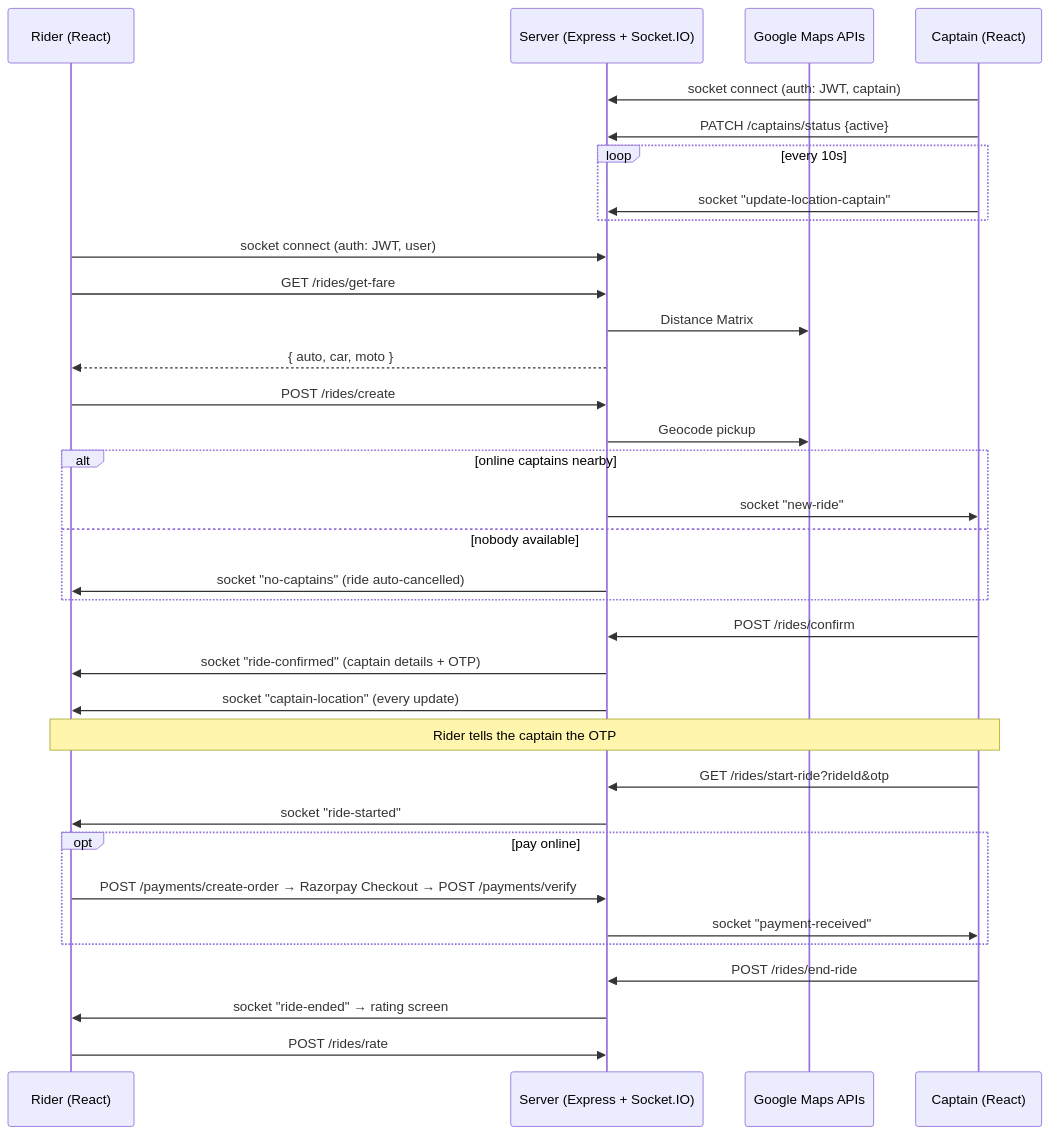
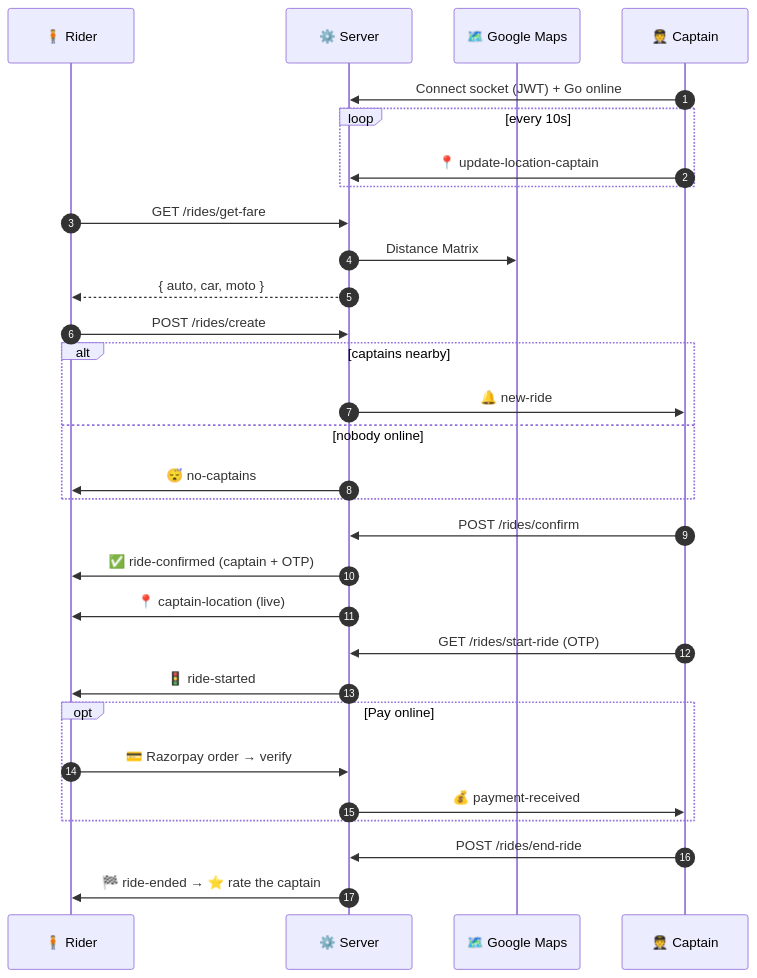
Before and after one commit to mohityadav24952-ai/VeloxRide: the diagram in README.md, drawn with Mermaid. The commit also changed other lines of this file, not shown here.

````diff
--- a/README.md
+++ b/README.md
@@ -81,37 +151,33 @@
 ```mermaid
 sequenceDiagram
-    participant R as Rider (React)
-    participant S as Server (Express + Socket.IO)
-    participant G as Google Maps APIs
-    participant C as Captain (React)
+    autonumber
+    participant R as 🧍 Rider
+    participant S as ⚙️ Server
+    participant G as 🗺️ Google Maps
+    participant C as 🧑‍✈️ Captain
 
-    C->>S: socket connect (auth: JWT, captain)
-    C->>S: PATCH /captains/status {active}
+    C->>S: Connect socket (JWT) + Go online
     loop every 10s
-        C->>S: socket "update-location-captain"
+        C->>S: 📍 update-location-captain
     end
-    R->>S: socket connect (auth: JWT, user)
     R->>S: GET /rides/get-fare
     S->>G: Distance Matrix
     S-->>R: { auto, car, moto }
     R->>S: POST /rides/create
-    S->>G: Geocode pickup
-    alt online captains nearby
-        S->>C: socket "new-ride"
-    else nobody available
-        S->>R: socket "no-captains" (ride auto-cancelled)
+    alt captains nearby
+        S->>C: 🔔 new-ride
+    else nobody online
+        S->>R: 😴 no-captains
     end
     C->>S: POST /rides/confirm
-    S->>R: socket "ride-confirmed" (captain details + OTP)
-    S->>R: socket "captain-location" (every update)
-    Note over R,C: Rider tells the captain the OTP
-    C->>S: GET /rides/start-ride?rideId&otp
-    S->>R: socket "ride-started"
-    opt pay online
-        R->>S: POST /payments/create-order → Razorpay Checkout → POST /payments/verify
-        S->>C: socket "payment-received"
+    S->>R: ✅ ride-confirmed (captain + OTP)
+    S->>R: 📍 captain-location (live)
+    C->>S: GET /rides/start-ride (OTP)
+    S->>R: 🚦 ride-started
+    opt Pay online
+        R->>S: 💳 Razorpay order → verify
+        S->>C: 💰 payment-received
     end
     C->>S: POST /rides/end-ride
-    S->>R: socket "ride-ended" → rating screen
-    R->>S: POST /rides/rate
+    S->>R: 🏁 ride-ended → ⭐ rate the captain
 ```
````
